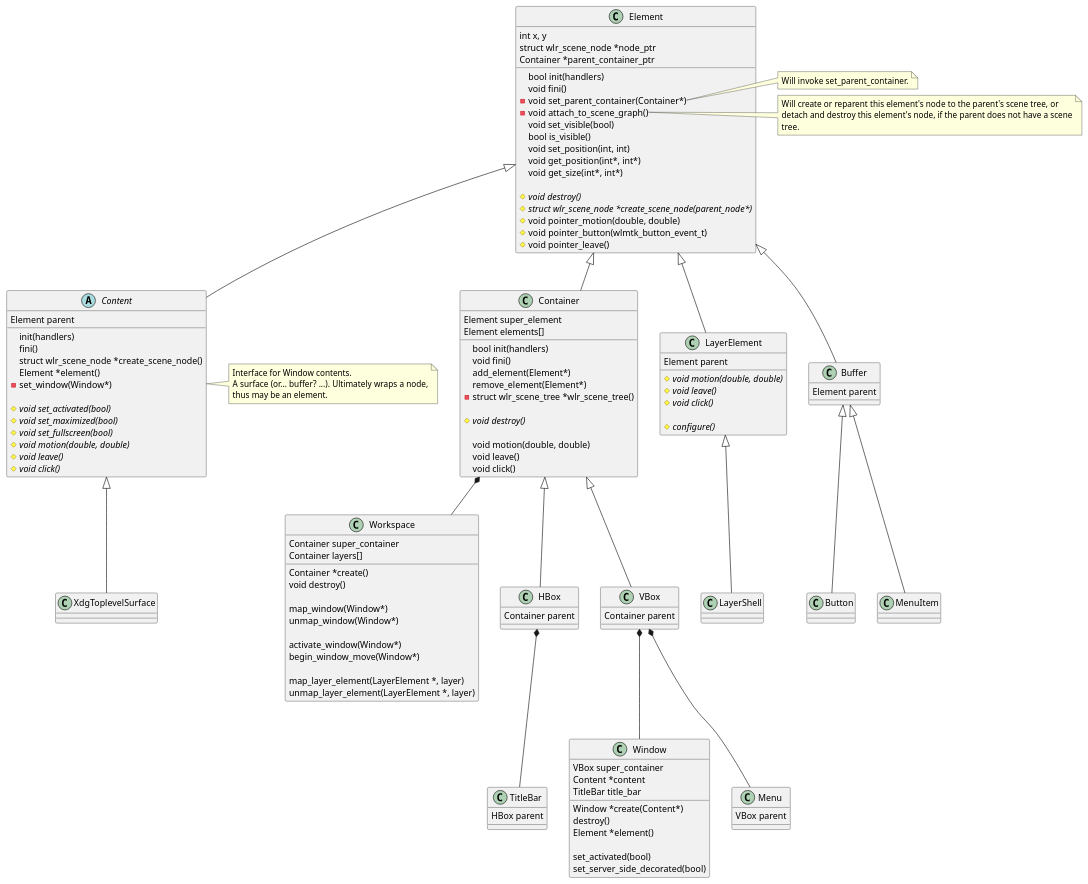
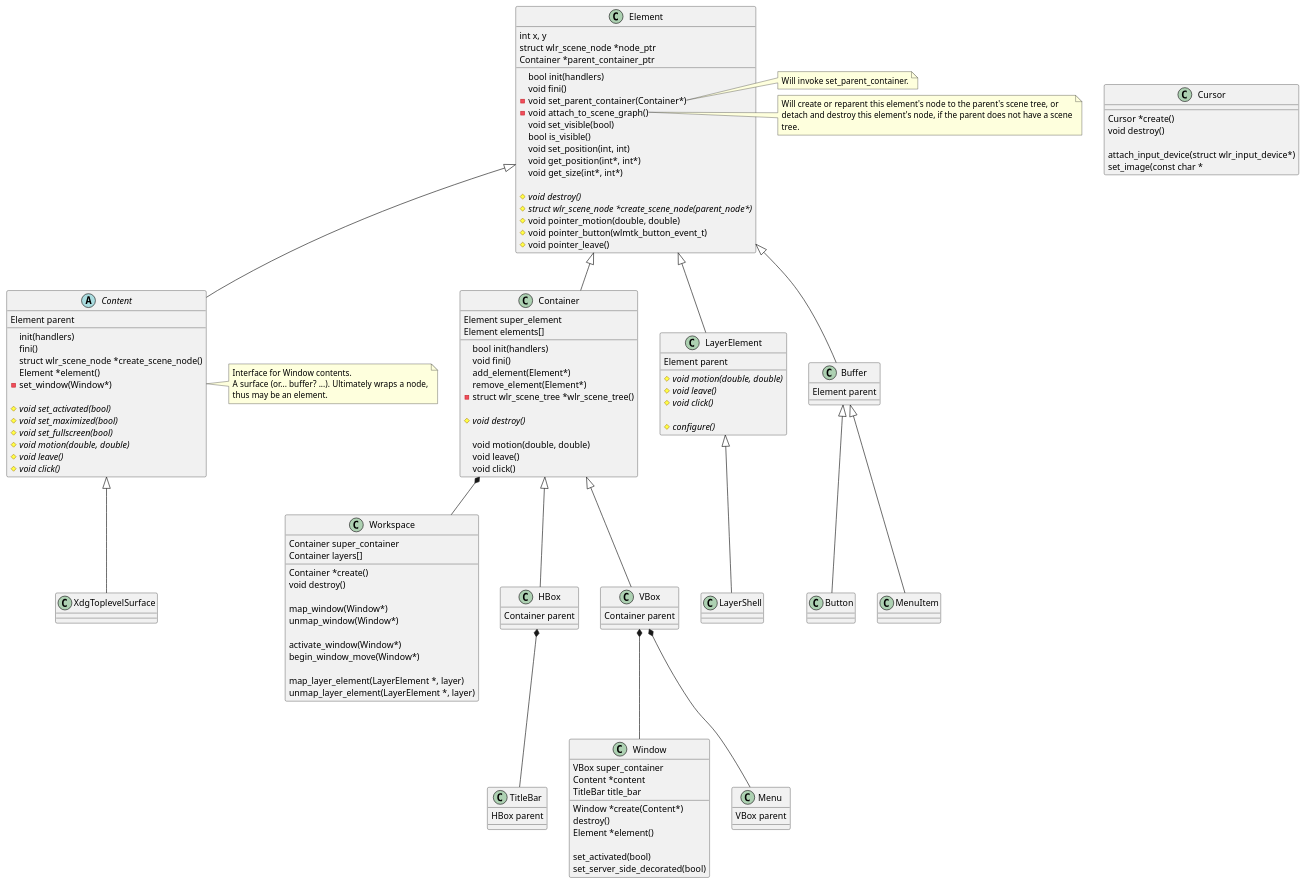
The first of 2 diagrams in src/toolkit/toolkit.md (phkaeser/wlmaker), drawn with PlantUML before and after one commit.

Commit message:
Adds 'Cursor' class to diagram, as proposal.

````diff
--- a/src/toolkit/toolkit.md
+++ b/src/toolkit/toolkit.md
@@ -184,4 +184,12 @@
 
 }
 Buffer <|-- MenuItem
+
+class Cursor {
+  Cursor *create()
+  void destroy()
+
+  attach_input_device(struct wlr_input_device*)
+  set_image(const char *
+}
 ```
````
